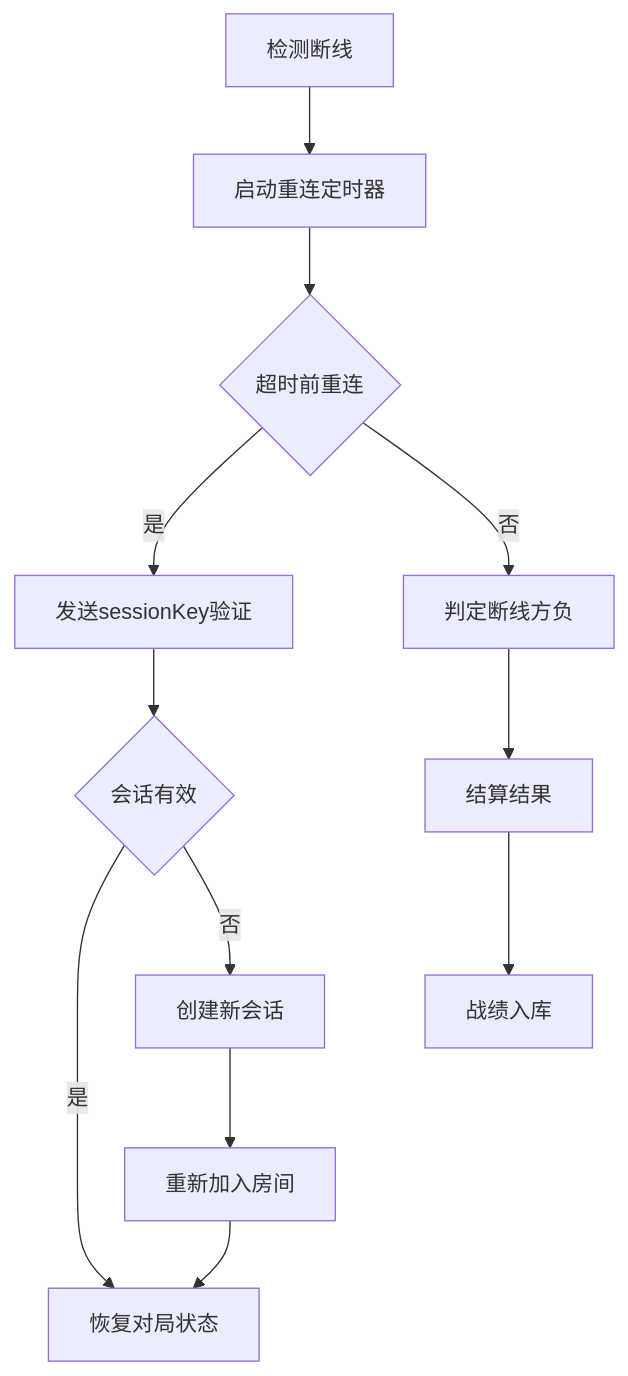
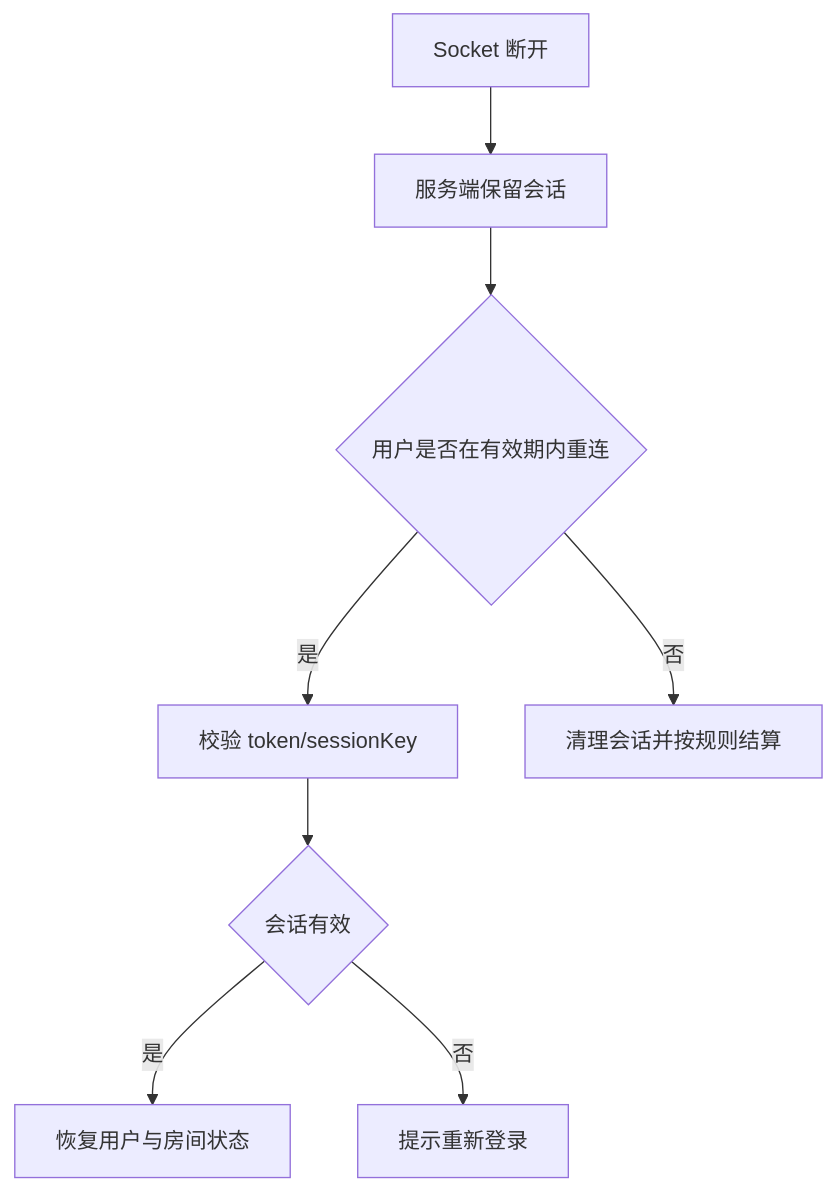
The second of 3 diagrams in docs/PRD.md (yznn007/Gomatch), drawn with Mermaid before and after one commit. The commit also changed other lines of this file and 28 other files, not shown here.

````diff
--- a/docs/PRD.md
+++ b/docs/PRD.md
@@ -119,14 +82,10 @@
 ```mermaid
 flowchart TD
-    A[检测断线] --> B[启动重连定时器]
-    B --> C{超时前重连}
-    C -->|是| D[发送sessionKey验证]
+    A[Socket 断开] --> B[服务端保留会话]
+    B --> C{用户是否在有效期内重连}
+    C -->|是| D[校验 token/sessionKey]
     D --> E{会话有效}
-    E -->|是| F[恢复对局状态]
-    E -->|否| G[创建新会话]
-    G --> H[重新加入房间]
-    H --> F
-    C -->|否| I[判定断线方负]
-    I --> J[结算结果]
-    J --> K[战绩入库]
+    E -->|是| F[恢复用户与房间状态]
+    E -->|否| G[提示重新登录]
+    C -->|否| H[清理会话并按规则结算]
 ```
````
